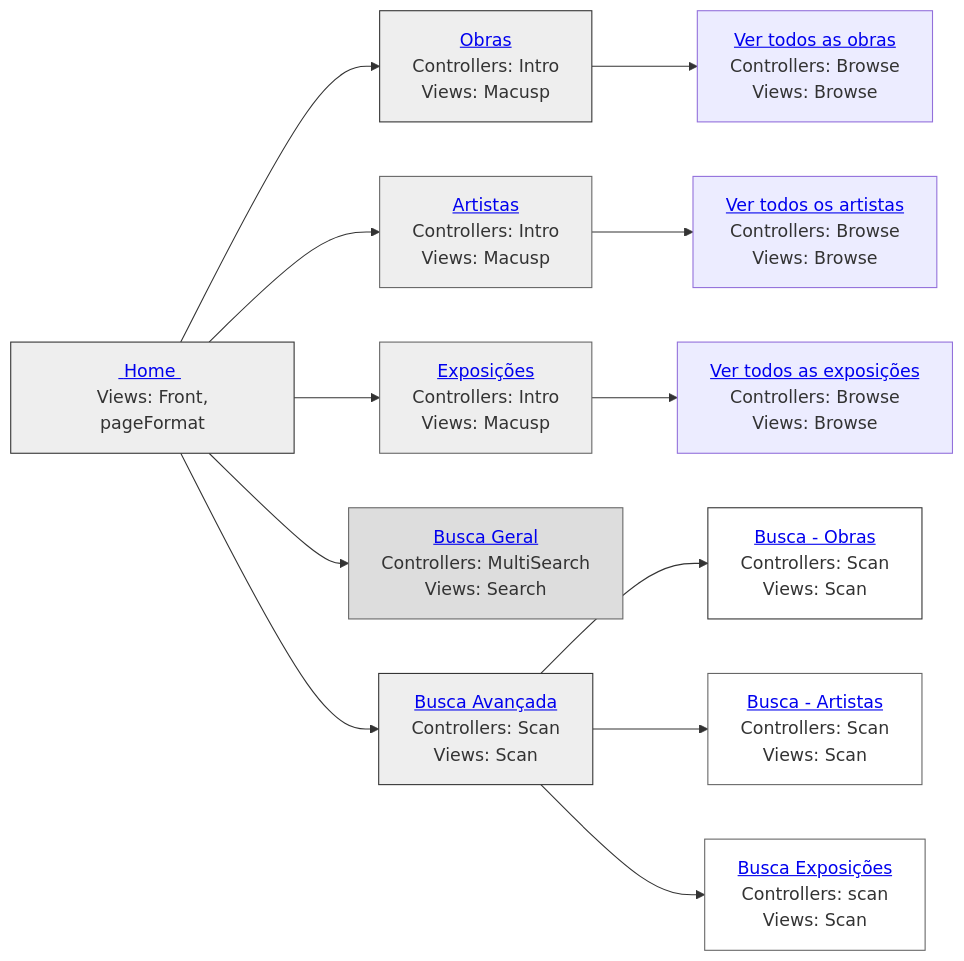
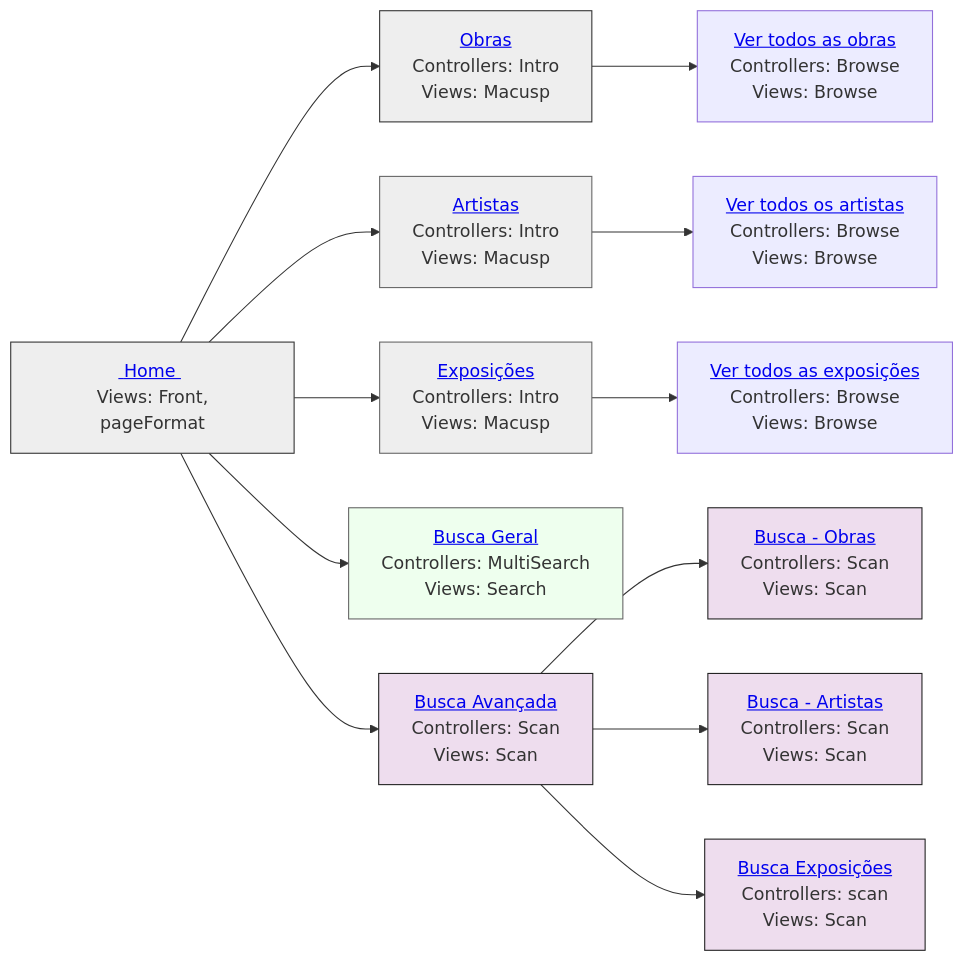
One commit to reynaldocv/macusp changed the diagram in README.md. Above: the diagram before and after it, drawn with Mermaid.

````diff
--- a/README.md
+++ b/README.md
@@ -249,42 +249,42 @@
 ```mermaid
 graph LR
     %% Parte superior e inferior del primer puesto
     home["           <a href='http://143.107.130.173/admacervo/macusp/index.php'> Home </a> <br> Views: Front, pageFormat"]
     works["          <a href='http://143.107.130.173/admacervo/macusp/index.php/Intro/works'>Obras</a>      <br> Controllers: Intro <br> Views: Macusp"]
     artists["        <a href='http://143.107.130.173/admacervo/macusp/index.php/Intro/artists'>Artistas</a>  <br> Controllers: Intro <br> Views: Macusp"]
     exhibitions["    <a href='http://143.107.130.173/admacervo/macusp/index.php/Intro/exhibitions'>Exposições</a> <br> Controllers: Intro <br> Views: Macusp"]
     search["         <a href='https://link.com'> Busca Geral </a> <br>  Controllers: MultiSearch <br>  Views: Search "]
     advancedSearch[" <a href='https://link.com'> Busca Avançada</a> <br>  Controllers: </strong> Scan <br>  Views: Scan"]
     viewWorks[" <a href='https://link.com'> Ver todos as obras</a> <br>  Controllers: </strong> Browse <br>  Views: Browse"]
     viewArtists[" <a href='https://link.com'> Ver todos os artistas</a> <br>  Controllers: </strong> Browse <br>  Views: Browse"]
     viewExhibitions[" <a href='https://link.com'> Ver todos as exposições</a> <br>  Controllers: </strong> Browse <br>  Views: Browse"]
     asWorks["<a href='http://143.107.130.173/admacervo/macusp/index.php/Scan/advanced/works'> Busca - Obras</a> <br>  Controllers: Scan <br> Views: Scan"]
     asArtists["<a href='http://143.107.130.173/admacervo/macusp/index.php/Scan/advanced/artists'> Busca - Artistas</a> <br>  Controllers: Scan <br> Views: Scan "]
     asExhibitions["<a href='http://143.107.130.173/admacervo/macusp/index.php/Scan/advanced/exhibitions'> Busca Exposições </a> <br> Controllers: scan <br>  Views: Scan  "]
     
     %% Conexión del organigrama (une la parte inferior de uno con la superior del otro)
     home --> works
     home --> artists
     home --> exhibitions
     home --> search
     home --> advancedSearch
     works --> viewWorks
     artists --> viewArtists    
     exhibitions --> viewExhibitions
     advancedSearch --> asWorks
     advancedSearch --> asArtists
     advancedSearch --> asExhibitions
 
     %% Estilos para que parezcan una sola pieza
     style home fill:#eee,stroke:#333
     style works fill:#eee,stroke:#333
     style artists fill:#eee,stroke:#666
     style exhibitions fill:#eee,stroke:#666
 
-    style search fill:#ddd,stroke:#666
+    style search fill:#efe,stroke:#666
     
-    style advancedSearch fill:#eee,stroke:#333
-    style asWorks fill:#fff,stroke:#333
-    style asArtists fill:#fff,stroke:#666
-    style asExhibitions fill:#fff,stroke:#666
+    style advancedSearch fill:#ede,stroke:#222
+    style asWorks fill:#ede,stroke:#222
+    style asArtists fill:#ede,stroke:#222
+    style asExhibitions fill:#ede,stroke:#222
 ```
````
